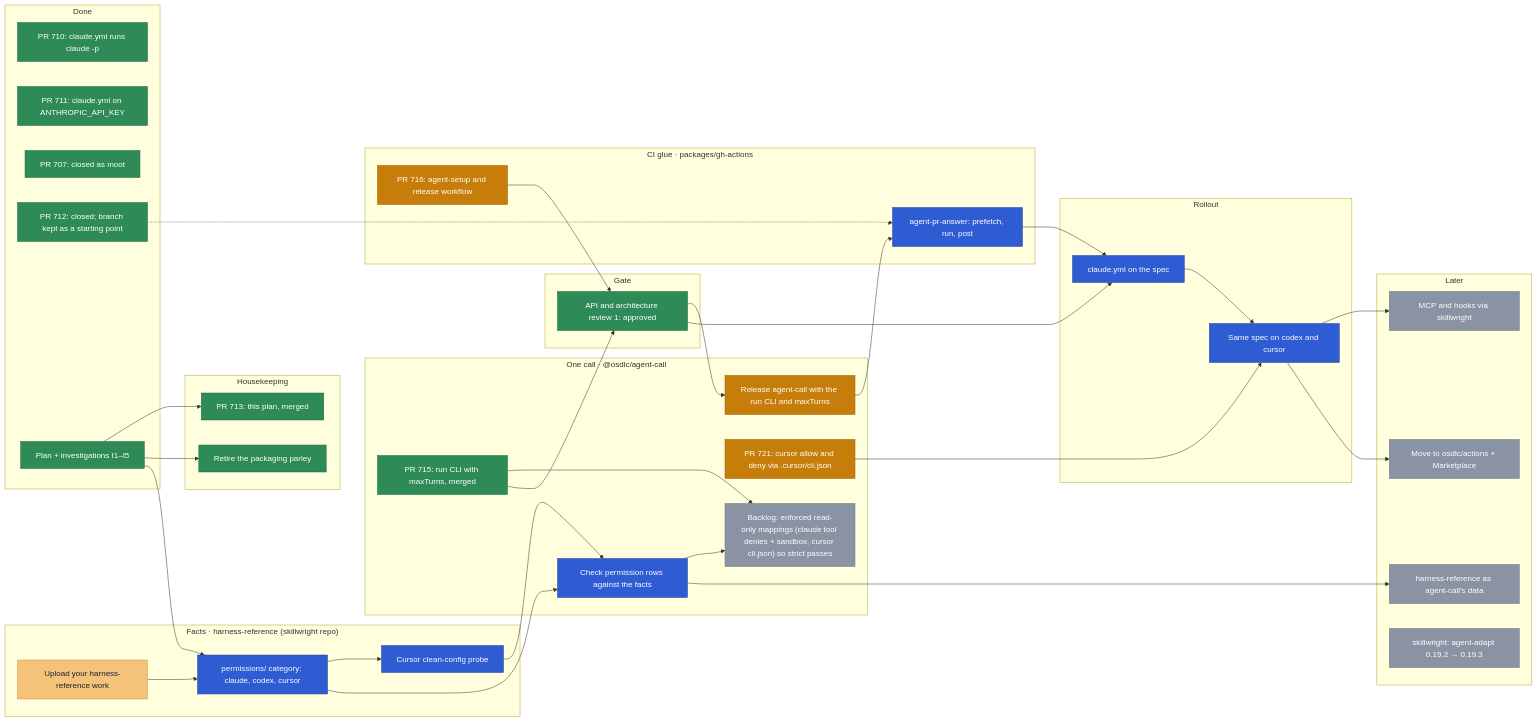
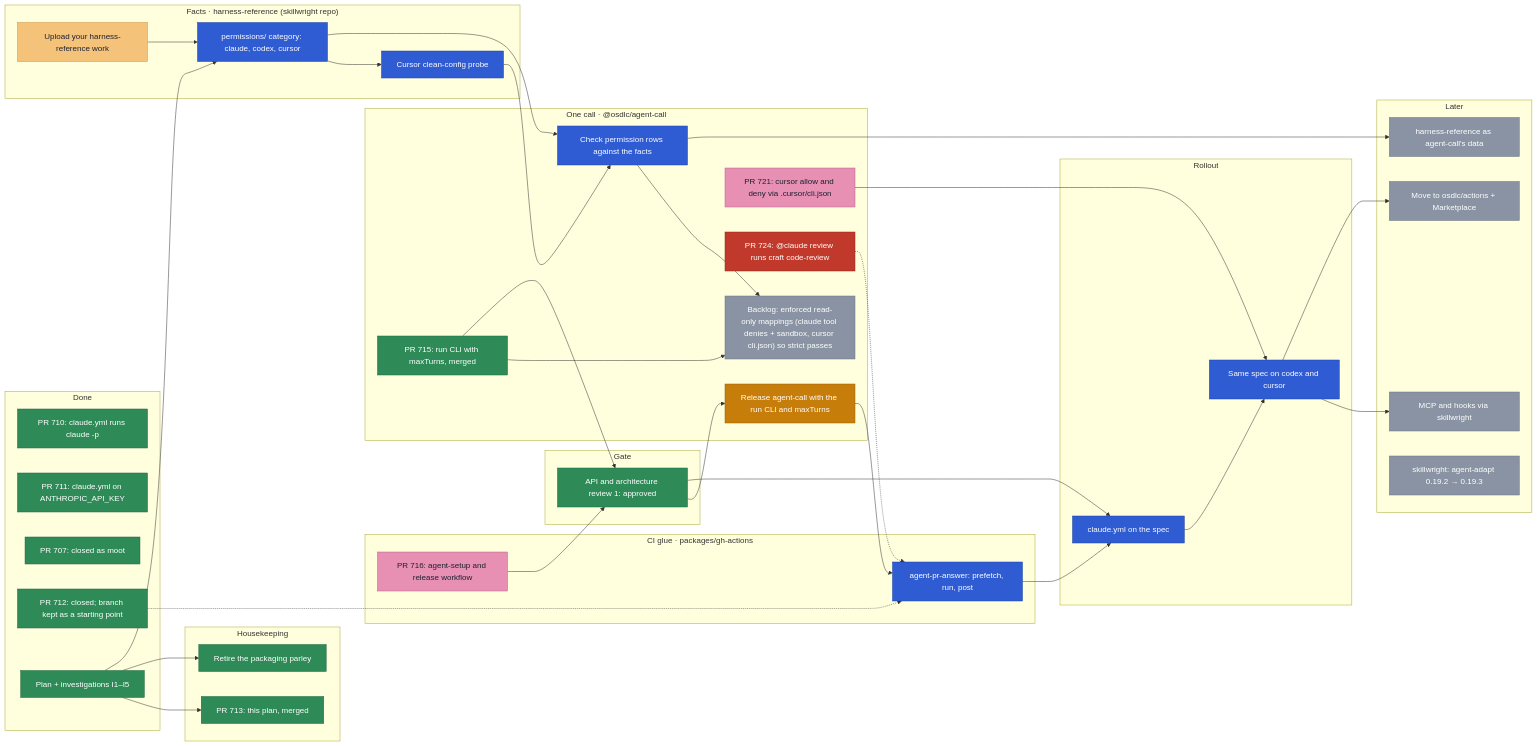
Before and after one commit to osdlc/osdlc: the diagram in docs/planning/agent-ci.md, drawn with Mermaid. The commit also changed other lines of this file, not shown here.

````diff
--- a/docs/planning/agent-ci.md
+++ b/docs/planning/agent-ci.md
@@ -59,6 +59,7 @@
     CHECK["Check permission rows against the facts"]
     STRICT["Backlog: enforced read-only mappings (claude tool denies + sandbox, cursor cli.json) so strict passes"]
     CUR["PR 721: cursor allow and deny via .cursor/cli.json"]
+    REV["PR 724: @claude review runs craft code-review"]
     REL["Release agent-call with the run CLI and maxTurns"]
   end
   subgraph gate["Gate"]
@@ -97,6 +98,7 @@
   ANS --> SPEC
   SPEC --> MULTI
   CUR --> MULTI
+  REV -.-> ANS
   MULTI --> MCP
   MULTI --> PUB
   CHECK --> DATA
@@ -112,9 +114,10 @@
   classDef later fill:#8a93a3,stroke:#6b7384,color:#ffffff
   class W710,P711,P707,P712,PLAN,PARLEY,PLANPR,ARCH,RUN done
   class UP yours
-  class SETUP active
+  class SETUP external
+  class REV blocked
   class PERM,PROBE,CHECK,ANS,SPEC,MULTI next
   class REL active
-  class CUR active
+  class CUR external
   class MCP,PUB,DATA,PIN,STRICT later
 ```
````
